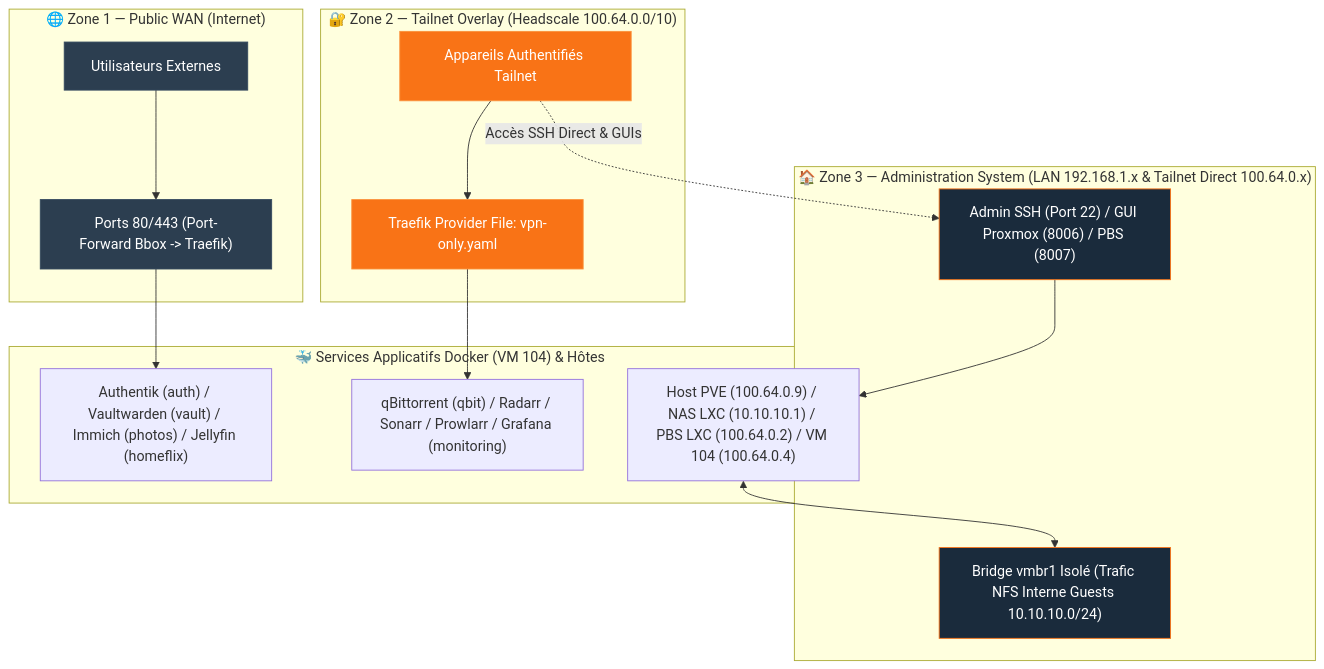
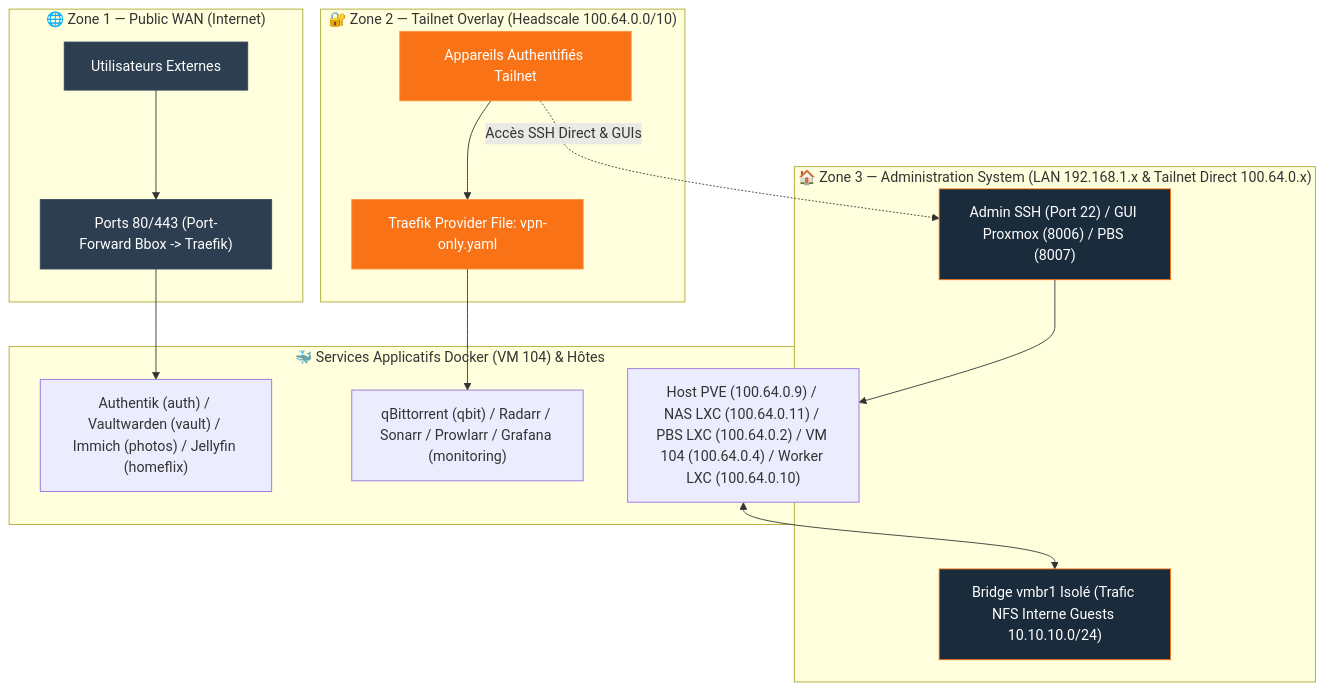
One commit to ims-world/docs changed the first of 4 diagrams in reseau/matrice-securite-exposition.md. Above: the diagram before and after it, drawn with Mermaid. The commit also changed other lines of this file and 13 other files, not shown here.

Commit message:
docs: integrer les changements du 22/10/2026 (Tailscale NAS/Worker et comptes admin)

````diff
--- a/reseau/matrice-securite-exposition.md
+++ b/reseau/matrice-securite-exposition.md
@@ -27,41 +27,41 @@
 ```mermaid
 graph TB
     subgraph ZONE_WAN ["🌐 Zone 1 — Public WAN (Internet)"]
         PUBLIC_USERS["Utilisateurs Externes"]
         HTTPS_443["Ports 80/443 (Port-Forward Bbox -> Traefik)"]
     end
 
     subgraph ZONE_TAILNET ["🔐 Zone 2 — Tailnet Overlay (Headscale 100.64.0.0/10)"]
         VPN_USERS["Appareils Authentifiés Tailnet"]
         MIDDLEWARE_VPN["Traefik Provider File: vpn-only.yaml"]
     end
 
     subgraph ZONE_LAN ["🏠 Zone 3 — Administration System (LAN 192.168.1.x & Tailnet Direct 100.64.0.x)"]
         ADMIN_LAN["Admin SSH (Port 22) / GUI Proxmox (8006) / PBS (8007)"]
         NFS_ISO["Bridge vmbr1 Isolé (Trafic NFS Interne Guests 10.10.10.0/24)"]
     end
 
     subgraph SERVICES ["🐳 Services Applicatifs Docker (VM 104) & Hôtes"]
         PUB_APPS["Authentik (auth) / Vaultwarden (vault) / Immich (photos) / Jellyfin (homeflix)"]
         PRIV_APPS["qBittorrent (qbit) / Radarr / Sonarr / Prowlarr / Grafana (monitoring)"]
-        ADMIN_NODES["Host PVE (100.64.0.9) / NAS LXC (10.10.10.1) / PBS LXC (100.64.0.2) / VM 104 (100.64.0.4)"]
+        ADMIN_NODES["Host PVE (100.64.0.9) / NAS LXC (100.64.0.11) / PBS LXC (100.64.0.2) / VM 104 (100.64.0.4) / Worker LXC (100.64.0.10)"]
     end
 
     PUBLIC_USERS --> HTTPS_443
     HTTPS_443 --> PUB_APPS
 
     VPN_USERS --> MIDDLEWARE_VPN
     VPN_USERS -.->|Accès SSH Direct & GUIs| ADMIN_LAN
     MIDDLEWARE_VPN --> PRIV_APPS
 
     ADMIN_LAN --> ADMIN_NODES
     ADMIN_NODES <--> NFS_ISO
 
     classDef wan fill:#2c3e50,stroke:#34495e,color:#fff;
     classDef vpn fill:#F97316,stroke:#FB923C,color:#fff;
     classDef lan fill:#1a2b3c,stroke:#F97316,color:#fff;
     class PUBLIC_USERS,HTTPS_443 wan;
     class VPN_USERS,MIDDLEWARE_VPN vpn;
     class ADMIN_LAN,NFS_ISO lan;
     class PUB_APPS,PRIV_APPS,ADMIN_NODES services;
 ```
````
